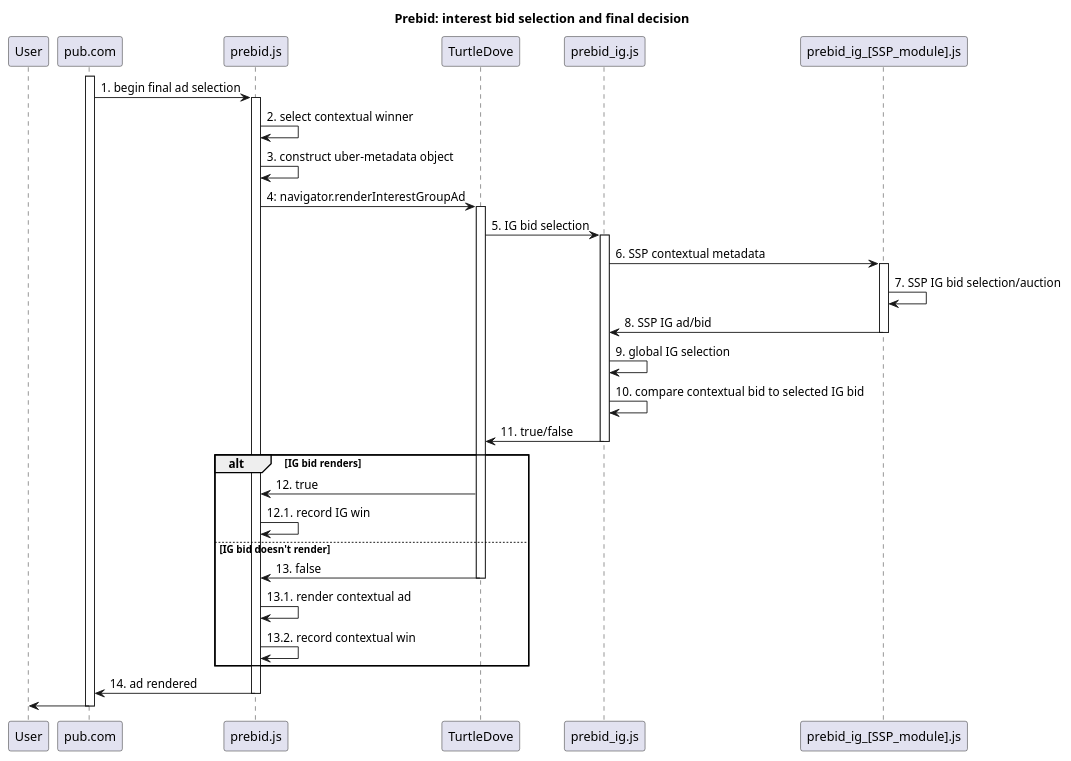
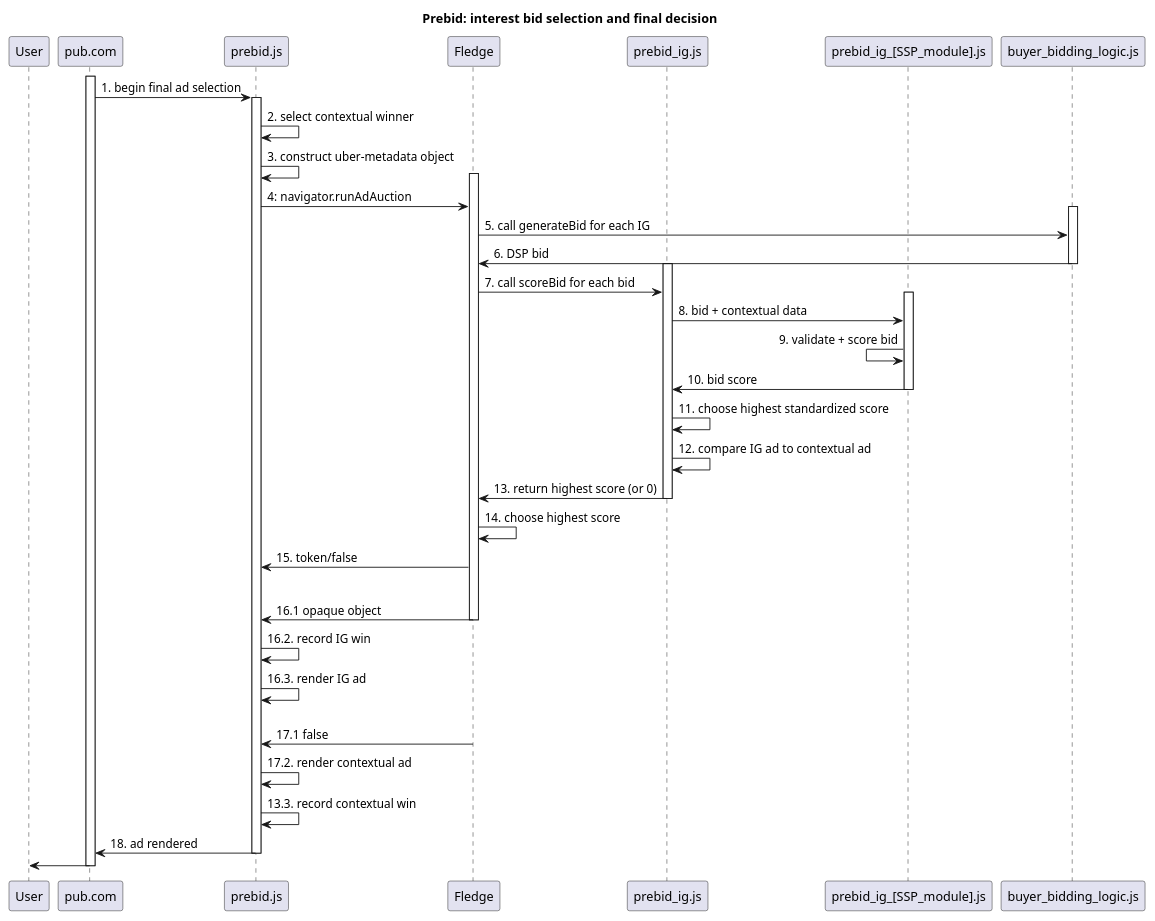
Before and after one commit to JoelPM/prebid-td: the diagram in prebid_td_interest.plantuml, drawn with PlantUML. The commit also changed 2 other files, not shown here.

Commit message:
feat: updated diagram

```diff
--- a/prebid_td_interest.plantuml
+++ b/prebid_td_interest.plantuml
@@ -1,49 +1,56 @@
 @startuml prebid_td_interest
 
 title Prebid: interest bid selection and final decision
 
 participant User
 participant "pub.com" as Pub
 participant "prebid.js" as Pbjs
-participant TurtleDove as TD
+participant Fledge as TD
 participant "prebid_ig.js" as PbIgjs
 participant "prebid_ig_[SSP_module].js" as PbIgSspjs
+participant "buyer_bidding_logic.js" as BuyerBLjs
 
 activate Pub
 Pub -> Pbjs: 1. begin final ad selection
 
 activate Pbjs
 Pbjs -> Pbjs: 2. select contextual winner
 Pbjs -> Pbjs: 3. construct uber-metadata object
-Pbjs -> TD: 4: navigator.renderInterestGroupAd
+activate TD
+Pbjs -> TD: 4: navigator.runAdAuction
 
-activate TD
-TD -> PbIgjs: 5. IG bid selection
+activate BuyerBLjs
+TD -> BuyerBLjs: 5. call generateBid for each IG
+TD <- BuyerBLjs: 6. DSP bid
+deactivate BuyerBLjs
 activate PbIgjs
-PbIgjs -> PbIgSspjs: 6. SSP contextual metadata
+TD -> PbIgjs: 7. call scoreBid for each bid
 activate PbIgSspjs
-PbIgSspjs -> PbIgSspjs: 7. SSP IG bid selection/auction
-PbIgjs <- PbIgSspjs: 8. SSP IG ad/bid
+PbIgjs -> PbIgSspjs: 8. bid + contextual data
+PbIgSspjs <- PbIgSspjs: 9. validate + score bid
+PbIgjs <- PbIgSspjs: 10. bid score
 deactivate PbIgSspjs
-PbIgjs -> PbIgjs: 9. global IG selection
-PbIgjs -> PbIgjs: 10. compare contextual bid to selected IG bid
-TD <- PbIgjs: 11. true/false
+PbIgjs -> PbIgjs: 11. choose highest standardized score
+PbIgjs -> PbIgjs: 12. compare IG ad to contextual ad
+PbIgjs -> TD: 13. return highest score (or 0)
 deactivate PbIgjs
+TD -> TD: 14. choose highest score
+TD -> Pbjs: 15. token/false
 
-alt IG bid renders
-    Pbjs <- TD: 12. true
-    Pbjs -> Pbjs: 12.1. record IG win
-else IG bid doesn't render
-    Pbjs <- TD: 13. false
+alt IG bid winner
+    TD -> Pbjs: 16.1 opaque object
     deactivate TD
-    Pbjs -> Pbjs: 13.1. render contextual ad
-    Pbjs -> Pbjs: 13.2. record contextual win
-end
-
-Pub <- Pbjs: 14. ad rendered
+    Pbjs -> Pbjs: 16.2. record IG win
+    Pbjs -> Pbjs: 16.3. render IG ad
+else contextual ad winner
+    TD -> Pbjs: 17.1 false
+    deactivate TD
+    Pbjs -> Pbjs: 17.2. render contextual ad
+    Pbjs -> Pbjs: 13.3. record contextual win
+Pub <- Pbjs: 18. ad rendered
 deactivate Pbjs
 
 User <- Pub
 
 deactivate Pub
 @enduml
```
